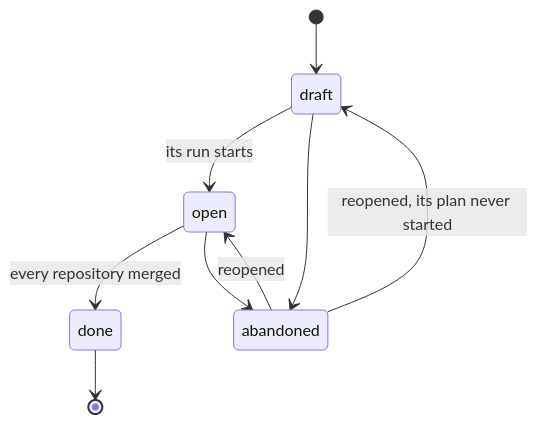
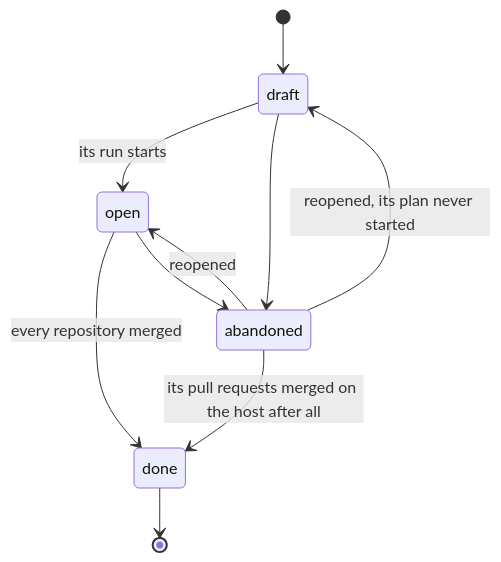
One commit to AltharIDE/althar changed the second of 3 diagrams in docs/architecture/05-workflow-engine.md. Above: the diagram before and after it, drawn with Mermaid. The commit also changed other lines of this file and 8 other files, not shown here.

````diff
--- a/docs/architecture/05-workflow-engine.md
+++ b/docs/architecture/05-workflow-engine.md
@@ -190,11 +190,12 @@
 ```mermaid
 stateDiagram-v2
     [*] --> draft
     draft --> open: its run starts
     draft --> abandoned
     open --> done: every repository merged
     open --> abandoned
     abandoned --> open: reopened
     abandoned --> draft: reopened, its plan never started
+    abandoned --> done: its pull requests merged on the host after all
     done --> [*]
 ```
````
